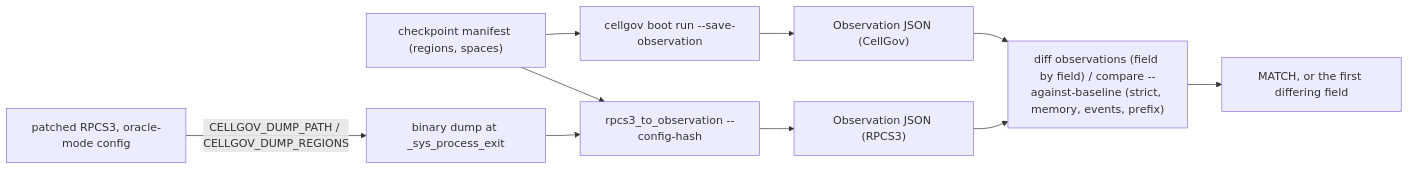
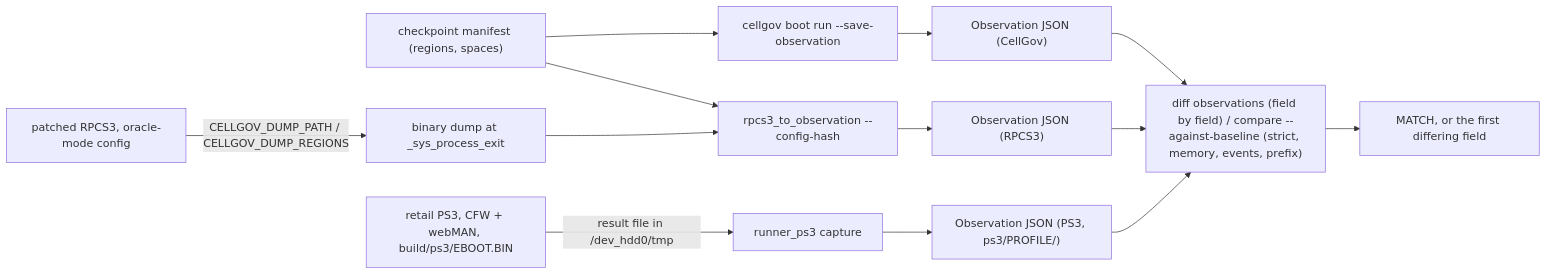
One commit to RoyalAce22/CellGov changed the first of 2 diagrams in docs/architecture/comparison.md. Above: the diagram before and after it, drawn with Mermaid. The commit also changed other lines of this file and 5 other files, not shown here.

Commit message:
docs: the PS3 runner as the third runner in the comparison, concepts, glossary, microtest and scenario-observation pages

````diff
--- a/docs/architecture/comparison.md
+++ b/docs/architecture/comparison.md
@@ -14,12 +14,15 @@
 ```mermaid
 flowchart LR
   man["checkpoint manifest (regions, spaces)"] --> cg
   man --> br
   cg["cellgov boot run --save-observation"] --> oc["Observation JSON (CellGov)"]
   r3["patched RPCS3, oracle-mode config"] -->|"CELLGOV_DUMP_PATH / CELLGOV_DUMP_REGIONS"| dump["binary dump at _sys_process_exit"]
   dump --> br["rpcs3_to_observation --config-hash"]
   br --> orr["Observation JSON (RPCS3)"]
+  ps3["retail PS3, CFW + webMAN, build/ps3/EBOOT.BIN"] -->|"result file in /dev_hdd0/tmp"| rp["runner_ps3 capture"]
+  rp --> ops["Observation JSON (PS3, ps3/PROFILE/)"]
   oc --> cmp["diff observations (field by field) / compare --against-baseline (strict, memory, events, prefix)"]
   orr --> cmp
+  ops --> cmp
   cmp --> out["MATCH, or the first differing field"]
 ```
````
